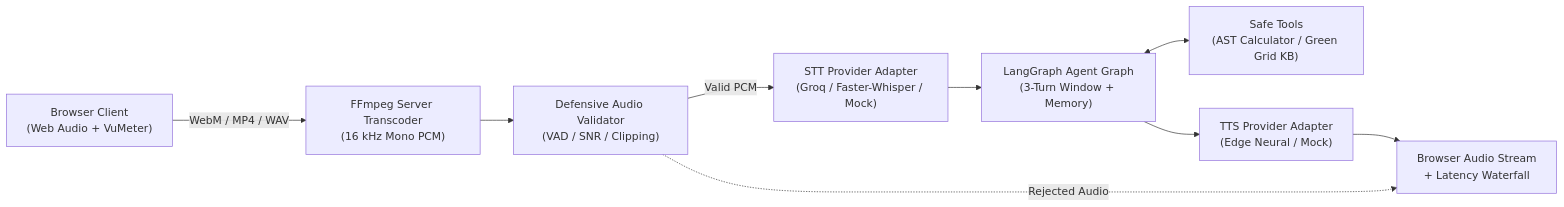
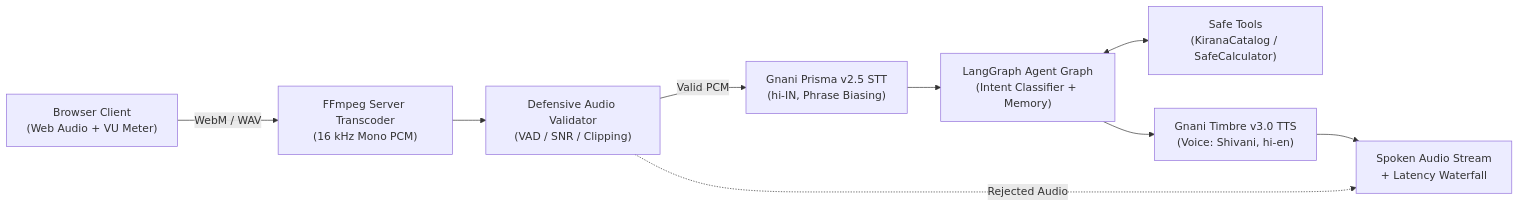
The diagram in README.md (Shashank-VK/gnani-voicepilot), drawn with Mermaid before and after one commit. The commit also changed other lines of this file and 9 other files, not shown here.

````diff
--- a/README.md
+++ b/README.md
@@ -43,20 +25,20 @@
 ```mermaid
 flowchart LR
-    Browser["Browser Client<br/>(Web Audio + VuMeter)"]
+    Browser["Browser Client<br/>(Web Audio + VU Meter)"]
     Transcode["FFmpeg Server Transcoder<br/>(16 kHz Mono PCM)"]
     Validator["Defensive Audio Validator<br/>(VAD / SNR / Clipping)"]
-    STT["STT Provider Adapter<br/>(Groq / Faster-Whisper / Mock)"]
-    Agent["LangGraph Agent Graph<br/>(3-Turn Window + Memory)"]
-    Tools["Safe Tools<br/>(AST Calculator / Green Grid KB)"]
-    TTS["TTS Provider Adapter<br/>(Edge Neural / Mock)"]
-    Response["Browser Audio Stream<br/>+ Latency Waterfall"]
+    STT["Gnani Prisma v2.5 STT<br/>(hi-IN, Phrase Biasing)"]
+    Agent["LangGraph Agent Graph<br/>(Intent Classifier + Memory)"]
+    Tools["Safe Tools<br/>(KiranaCatalog / SafeCalculator)"]
+    TTS["Gnani Timbre v3.0 TTS<br/>(Voice: Shivani, hi-en)"]
+    Response["Spoken Audio Stream<br/>+ Latency Waterfall"]
 
-    Browser -->|WebM / MP4 / WAV| Transcode
+    Browser -->|WebM / WAV| Transcode
     Transcode --> Validator
     Validator -->|Valid PCM| STT
     Validator -.->|Rejected Audio| Response
     STT --> Agent
     Agent <--> Tools
     Agent --> TTS
     TTS --> Response
 ```
````
